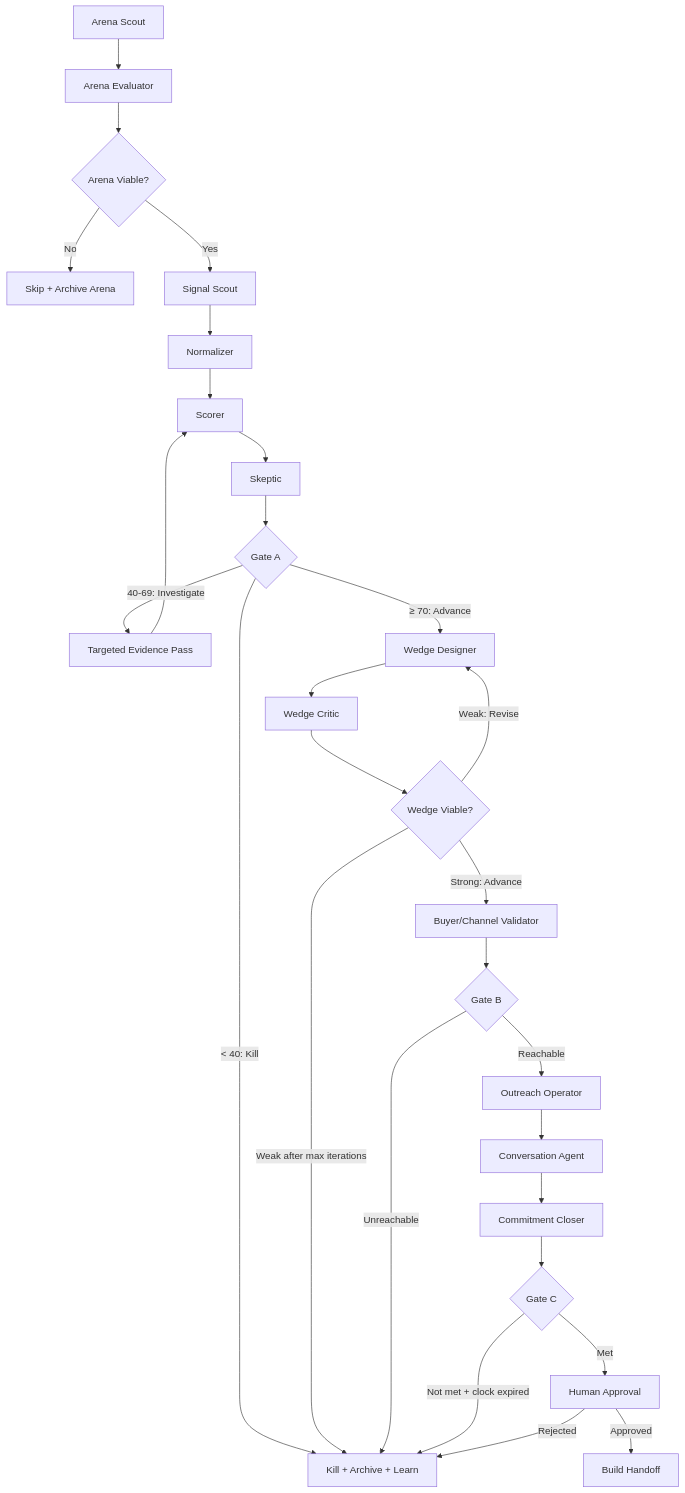
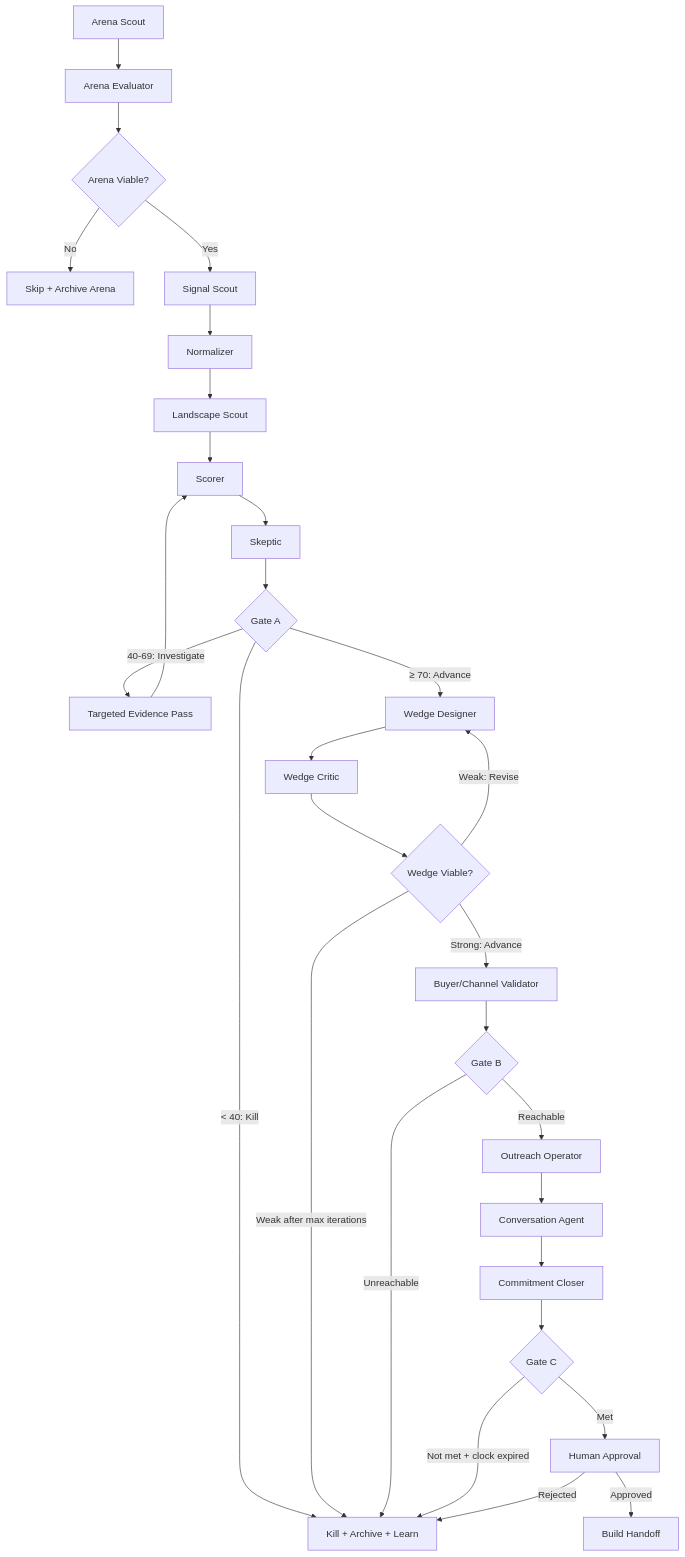
Before and after one commit to LiamVDB1/Truth-Engine: the diagram in truth_engine_v1_agent_workflow.md, drawn with Mermaid. The commit also changed other lines of this file and 3 other files, not shown here.

````diff
--- a/truth_engine_v1_agent_workflow.md
+++ b/truth_engine_v1_agent_workflow.md
@@ -19,30 +19,31 @@
 ```mermaid
 flowchart TD
     AS[Arena Scout] --> AE[Arena Evaluator]
     AE --> AG{Arena Viable?}
     AG -- No --> SKIP[Skip + Archive Arena]
     AG -- Yes --> SS[Signal Scout]
     SS --> NM[Normalizer]
-    NM --> SC[Scorer]
+    NM --> LS[Landscape Scout]
+    LS --> SC[Scorer]
     SC --> SK[Skeptic]
     SK --> GA{Gate A}
     GA -- "< 40: Kill" --> KILL[Kill + Archive + Learn]
     GA -- "40-69: Investigate" --> TEP[Targeted Evidence Pass]
     TEP --> SC
     GA -- "≥ 70: Advance" --> WD[Wedge Designer]
     WD --> WC[Wedge Critic]
     WC --> WG{Wedge Viable?}
     WG -- "Weak: Revise" --> WD
     WG -- "Strong: Advance" --> BCV[Buyer/Channel Validator]
     WG -- "Weak after max iterations" --> KILL
     BCV --> GB{Gate B}
     GB -- "Unreachable" --> KILL
     GB -- "Reachable" --> OO[Outreach Operator]
     OO --> CA[Conversation Agent]
     CA --> CC[Commitment Closer]
     CC --> GC{Gate C}
     GC -- "Not met + clock expired" --> KILL
     GC -- "Met" --> HUMAN[Human Approval]
     HUMAN -- "Approved" --> BUILD[Build Handoff]
     HUMAN -- "Rejected" --> KILL
 ```
````
